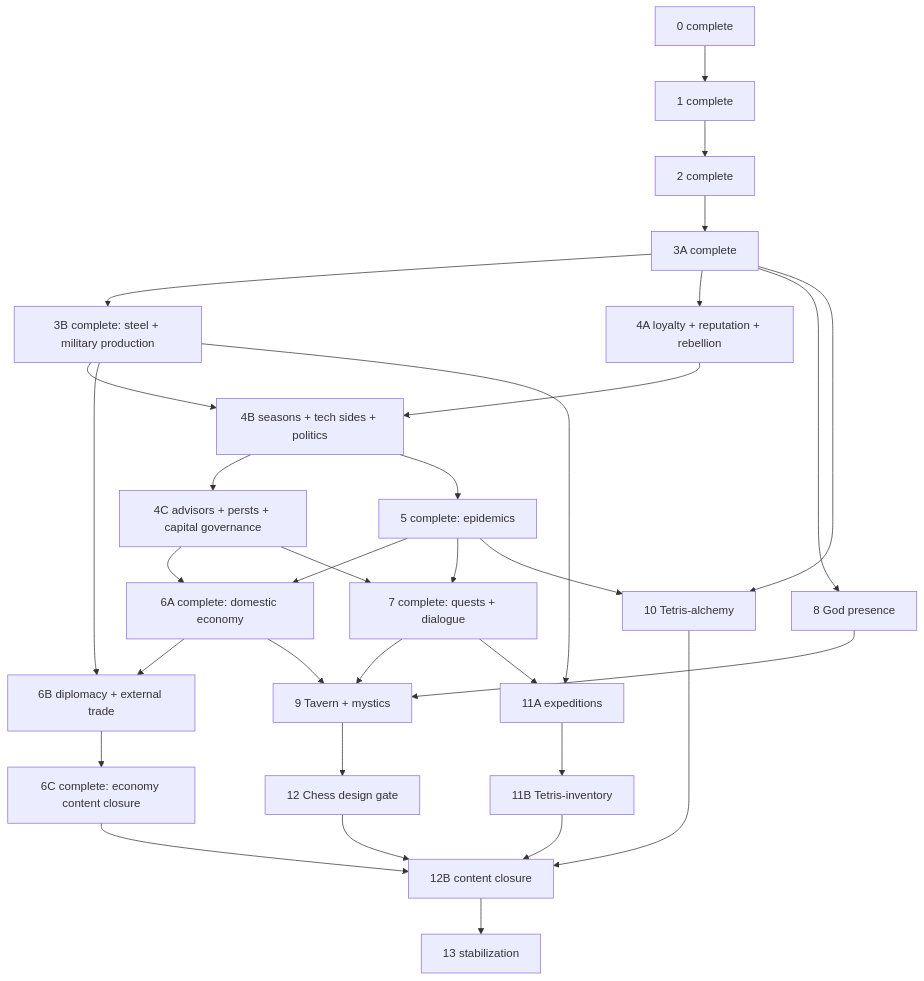
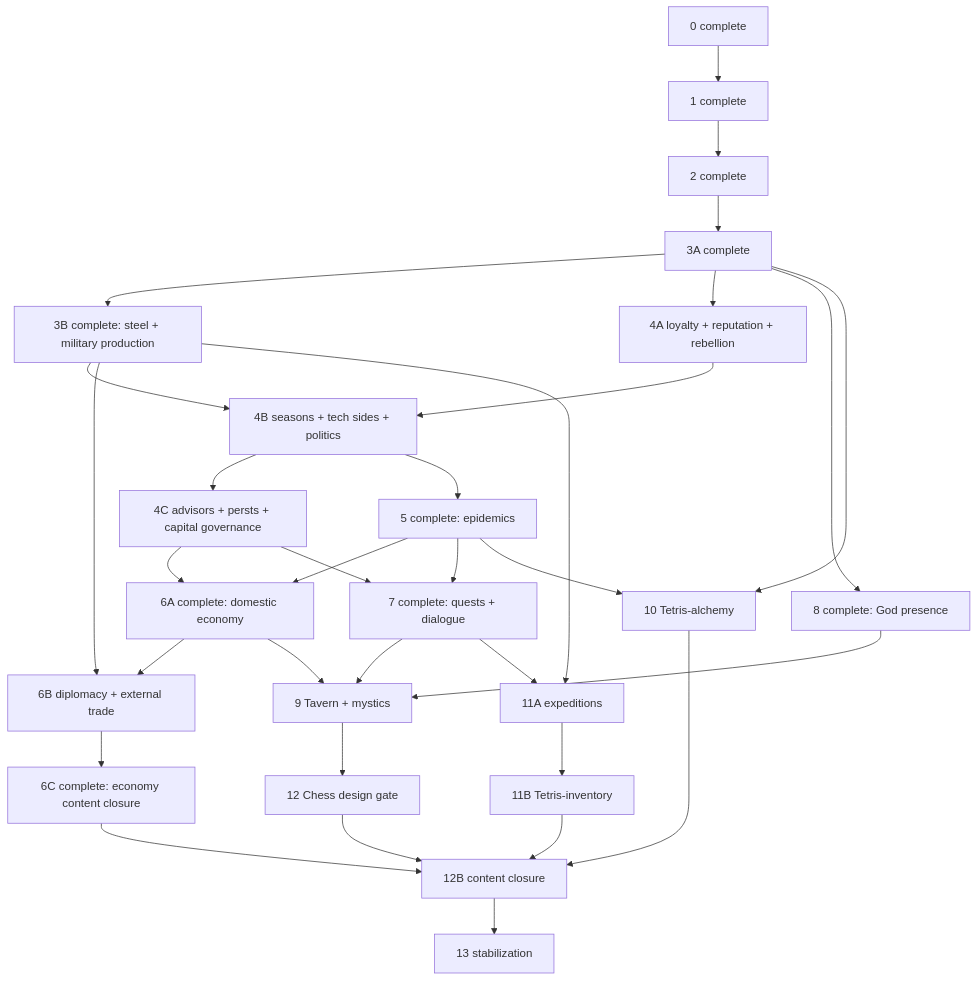
Before and after one commit to akulihin/King-of-the-Garbage-Hill: the diagram in plans/empires-endgame/README.md, drawn with Mermaid. The commit also changed other lines of this file and 38 other files, not shown here.

````diff
--- a/plans/empires-endgame/README.md
+++ b/plans/empires-endgame/README.md
@@ -83,34 +89,34 @@
 ```mermaid
 graph TD
   P0[0 complete] --> P1[1 complete]
   P1 --> P2[2 complete]
   P2 --> P3A[3A complete]
   P3A --> P3B[3B complete: steel + military production]
   P3A --> P4A[4A loyalty + reputation + rebellion]
   P3B --> P4B[4B seasons + tech sides + politics]
   P4A --> P4B
   P4B --> P4C[4C advisors + persts + capital governance]
   P4B --> P5[5 complete: epidemics]
   P4C --> P6A[6A complete: domestic economy]
   P5 --> P6A
   P3B --> P6B[6B diplomacy + external trade]
   P6A --> P6B
   P6B --> P6C[6C complete: economy content closure]
   P5 --> P7[7 complete: quests + dialogue]
   P4C --> P7
-  P3A --> P8[8 God presence]
+  P3A --> P8[8 complete: God presence]
   P6A --> P9[9 Tavern + mystics]
   P7 --> P9
   P8 --> P9
   P3A --> P10[10 Tetris-alchemy]
   P5 --> P10
   P3B --> P11A[11A expeditions]
   P7 --> P11A
   P11A --> P11B[11B Tetris-inventory]
   P9 --> P12[12 Chess design gate]
   P6C --> P12B[12B content closure]
   P10 --> P12B
   P11B --> P12B
   P12 --> P12B
   P12B --> P13[13 stabilization]
 ```
````
